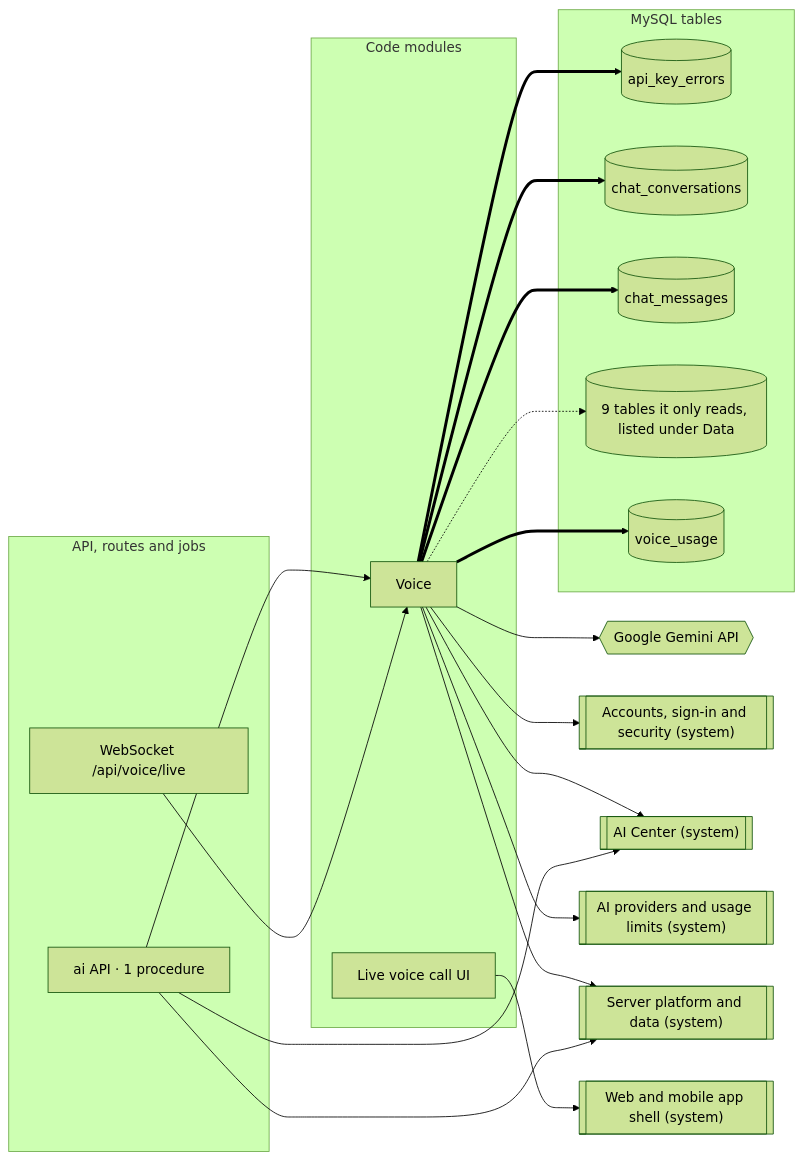
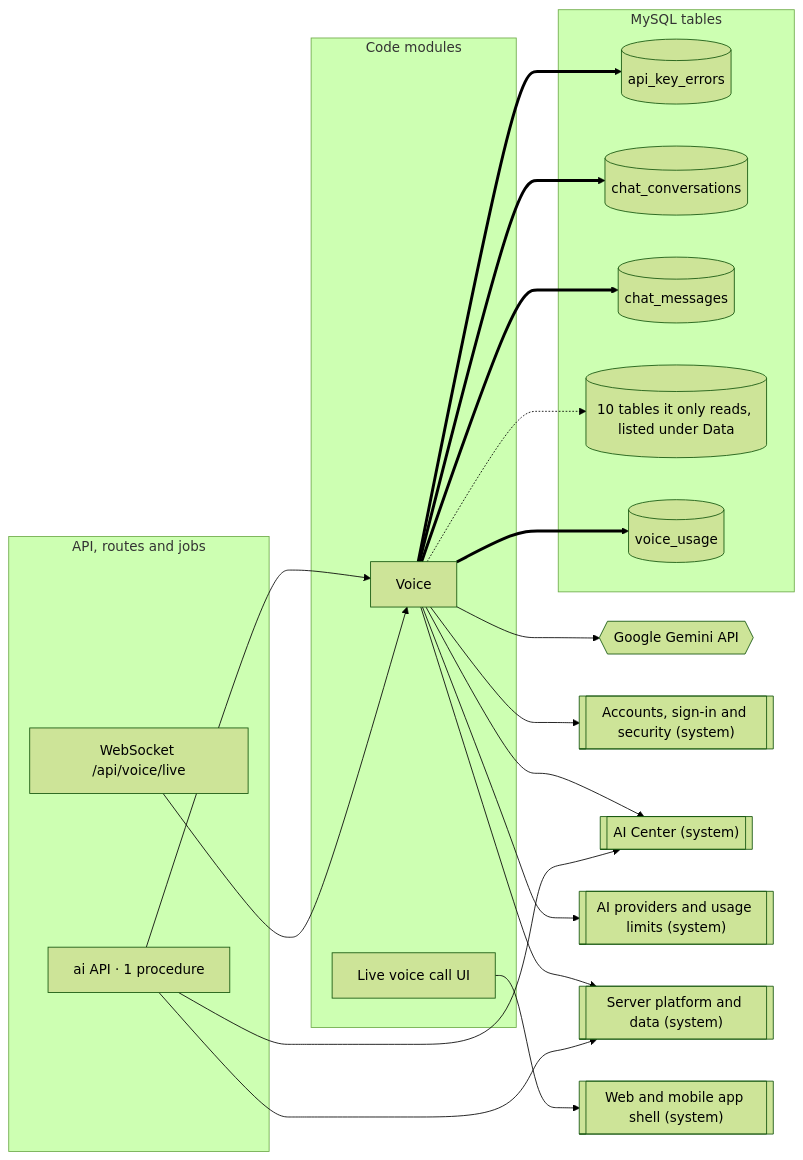
Before and after one commit to mahmoudtaherr111/smartspend_mini_all: the diagram in docs/atlas/systems/voice-calls.md, drawn with Mermaid (forest theme). The commit also changed other lines of this file and 47 other files, not shown here.

````diff
--- a/docs/atlas/systems/voice-calls.md
+++ b/docs/atlas/systems/voice-calls.md
@@ -13,39 +13,39 @@
 ```mermaid
 flowchart LR
   subgraph g_api["API, routes and jobs"]
     router_ai["ai API · 1 procedure"]
     ws__api_voice_live["WebSocket /api/voice/live"]
   end
   subgraph g_modules["Code modules"]
     mod_voice["Voice"]
     mod_web_voice_call["Live voice call UI"]
   end
   subgraph g_tables["MySQL tables"]
     tbl_api_key_errors[("api_key_errors")]
     tbl_chat_conversations[("chat_conversations")]
     tbl_chat_messages[("chat_messages")]
-    tbl_more[("9 tables it only reads, listed under Data")]
+    tbl_more[("10 tables it only reads, listed under Data")]
     tbl_voice_usage[("voice_usage")]
   end
   ext_gemini{{"Google Gemini API"}}
   sys_accounts[["Accounts, sign-in and security (system)"]]
   sys_ai_center[["AI Center (system)"]]
   sys_ai_platform[["AI providers and usage limits (system)"]]
   sys_platform[["Server platform and data (system)"]]
   sys_web_app[["Web and mobile app shell (system)"]]
   mod_voice --> ext_gemini
   mod_voice --> sys_accounts
   mod_voice --> sys_ai_center
   mod_voice --> sys_ai_platform
   mod_voice --> sys_platform
   mod_voice -.-> tbl_more
   mod_voice ==> tbl_api_key_errors
   mod_voice ==> tbl_chat_conversations
   mod_voice ==> tbl_chat_messages
   mod_voice ==> tbl_voice_usage
   mod_web_voice_call --> sys_web_app
   router_ai --> mod_voice
   router_ai --> sys_ai_center
   router_ai --> sys_platform
   ws__api_voice_live --> mod_voice
 ```
````
